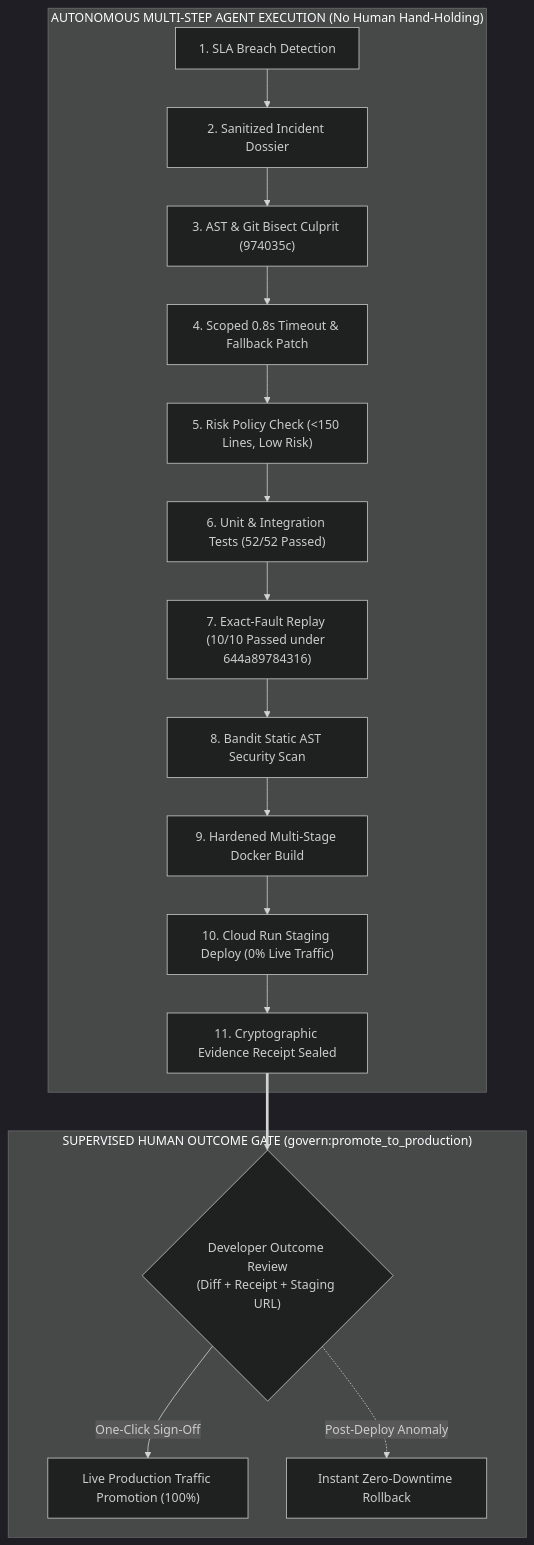
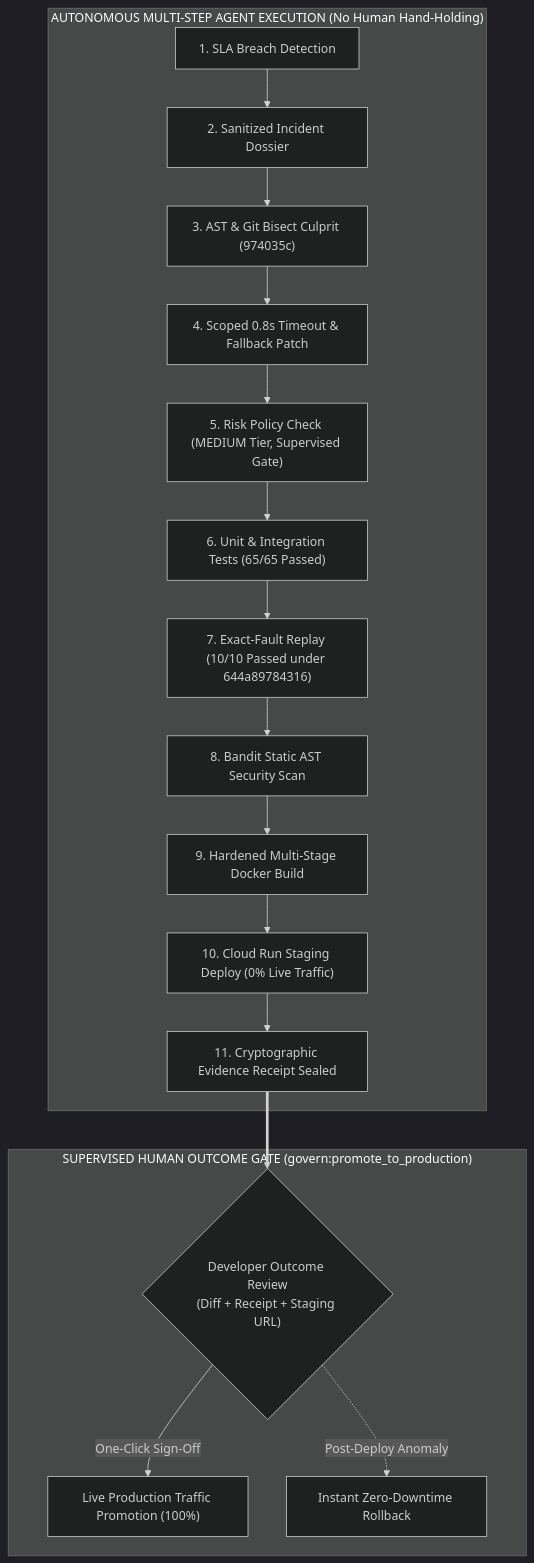
Before and after one commit to rajpriyanid-creator/faultforge: the first of 2 diagrams in README.md, drawn with Mermaid (dark theme). The commit also changed other lines of this file and 2 other files, not shown here.

Commit message:
docs(task5): reconcile risk tiers, gate counts, and evidence claims

````diff
--- a/README.md
+++ b/README.md
@@ -54,21 +54,21 @@
 ```mermaid
 flowchart TD
     subgraph AutonomousExecution["AUTONOMOUS MULTI-STEP AGENT EXECUTION (No Human Hand-Holding)"]
         G1["1. SLA Breach Detection"] --> G2["2. Sanitized Incident Dossier"]
         G2 --> G3["3. AST & Git Bisect Culprit (974035c)"]
         G3 --> G4["4. Scoped 0.8s Timeout & Fallback Patch"]
-        G4 --> G5["5. Risk Policy Check (<150 Lines, Low Risk)"]
-        G5 --> G6["6. Unit & Integration Tests (52/52 Passed)"]
+        G4 --> G5["5. Risk Policy Check (MEDIUM Tier, Supervised Gate)"]
+        G5 --> G6["6. Unit & Integration Tests (65/65 Passed)"]
         G6 --> G7["7. Exact-Fault Replay (10/10 Passed under 644a89784316)"]
         G7 --> G8["8. Bandit Static AST Security Scan"]
         G8 --> G9["9. Hardened Multi-Stage Docker Build"]
         G9 --> G10["10. Cloud Run Staging Deploy (0% Live Traffic)"]
         G10 --> G11["11. Cryptographic Evidence Receipt Sealed"]
     end
 
     subgraph SupervisedGate["SUPERVISED HUMAN OUTCOME GATE (govern:promote_to_production)"]
         G11 ==> H{"Developer Outcome Review<br/>(Diff + Receipt + Staging URL)"}
         H -->|One-Click Sign-Off| P["Live Production Traffic Promotion (100%)"]
         H -.->|Post-Deploy Anomaly| R["Instant Zero-Downtime Rollback"]
     end
 ```
````
